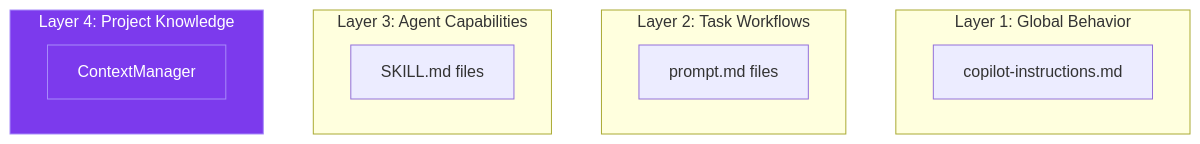
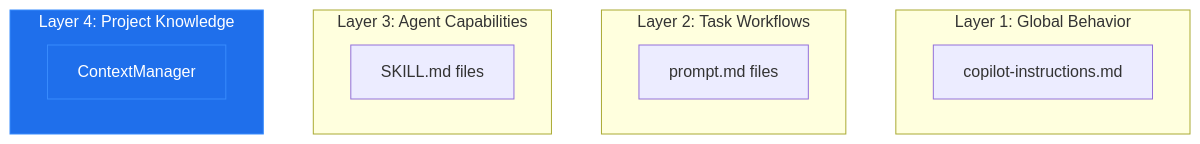
Before and after one commit to GittyHarsha/ContextManager: the diagram in docs/positioning.md, drawn with Mermaid. The commit also changed other lines of this file and 86 other files, not shown here.

```diff
--- a/docs/positioning.md
+++ b/docs/positioning.md
@@ -20,18 +20,18 @@
 <pre class="mermaid">
 graph TB
     subgraph L1[Layer 1: Global Behavior]
         L1D[copilot-instructions.md]
     end
     subgraph L2[Layer 2: Task Workflows]
         L2D[prompt.md files]
     end
     subgraph L3[Layer 3: Agent Capabilities]
         L3D[SKILL.md files]
     end
     subgraph L4[Layer 4: Project Knowledge]
         L4D[ContextManager]
     end
 
-    style L4 fill:#7c3aed,stroke:#a78bfa,color:#fff
-    style L4D fill:#7c3aed,stroke:#a78bfa,color:#fff
+    style L4 fill:#1f6feb,stroke:#388bfd,color:#fff
+    style L4D fill:#1f6feb,stroke:#388bfd,color:#fff
 </pre>
```
